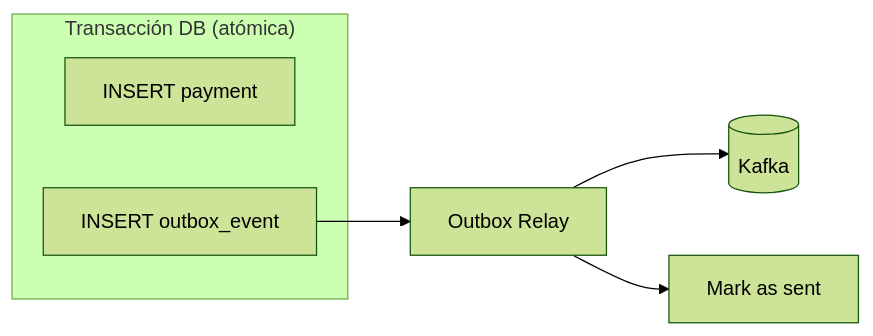
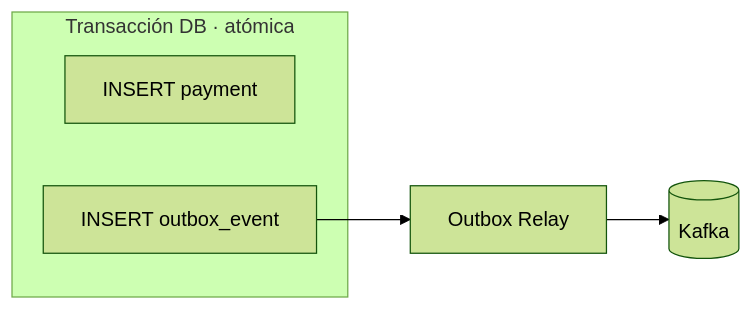
One commit to wikicode96/software-architecture changed the fourth of 5 diagrams in software-design/README.md. Above: the diagram before and after it, drawn with Mermaid (forest theme). The commit also changed other lines of this file, not shown here.

````diff
--- a/software-design/README.md
+++ b/software-design/README.md
@@ -391,15 +143,9 @@
 ```mermaid
 flowchart LR
-    subgraph TX["Transacción DB (atómica)"]
+    subgraph TX["Transacción DB · atómica"]
         A[INSERT payment]
         B[INSERT outbox_event]
     end
-
-    C[Outbox Relay]
-    D[(Kafka)]
-    E[Mark as sent]
-
+    C[Outbox Relay] --> D[(Kafka)]
     B --> C
-    C --> D
-    C --> E
 ```
````
